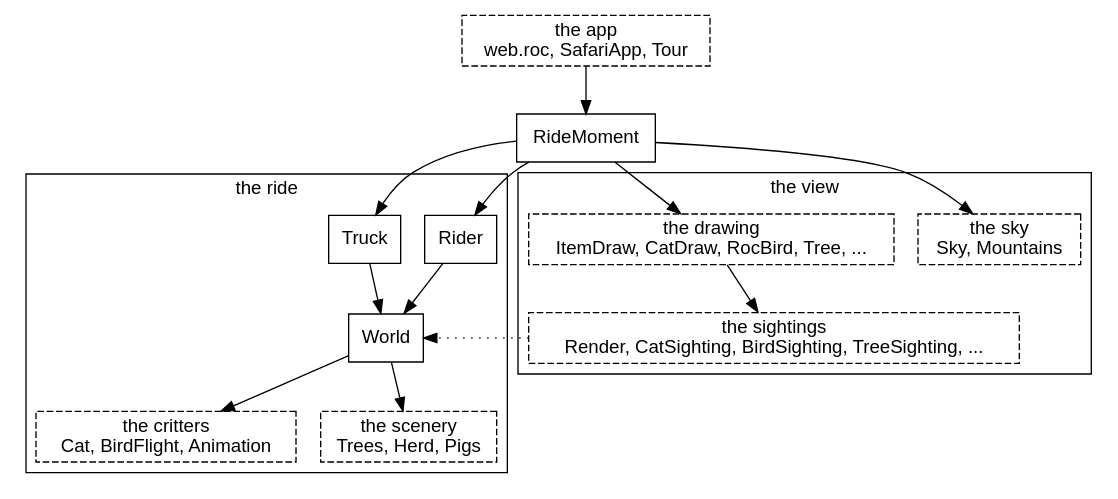
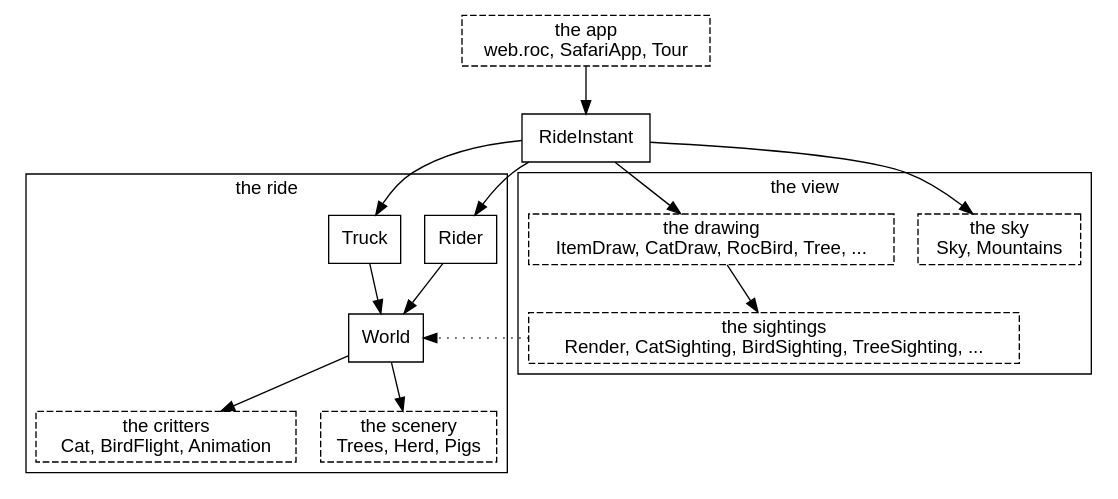
The second of 7 diagrams in canvas_apps/safari/tutorial/tutorial.md (showell/roc-apps), drawn with Graphviz before and after one commit. The commit also changed other lines of this file, not shown here.

Commit message:
safari tutorial: the names follow RideInstant

````diff
--- a/canvas_apps/safari/tutorial/tutorial.md
+++ b/canvas_apps/safari/tutorial/tutorial.md
@@ -53,30 +53,30 @@
 ```dot
 digraph system {
   node [shape=box, fontname="Helvetica"];
   fontname="Helvetica";
   app [label="the app\nweb.roc, SafariApp, Tour", style=dashed];
   subgraph cluster_ride {
     label="the ride";
     Rider; Truck; World;
     critters [label="the critters\nCat, BirdFlight, Animation", style=dashed];
     scenery [label="the scenery\nTrees, Herd, Pigs", style=dashed];
   }
   subgraph cluster_view {
     label="the view";
     sky [label="the sky\nSky, Mountains", style=dashed];
     drawing [label="the drawing\nItemDraw, CatDraw, RocBird, Tree, ...", style=dashed];
     sightings [label="the sightings\nRender, CatSighting, BirdSighting, TreeSighting, ...", style=dashed];
   }
-  app -> RideMoment;
-  RideMoment -> Rider;
-  RideMoment -> Truck;
+  app -> RideInstant;
+  RideInstant -> Rider;
+  RideInstant -> Truck;
   Rider -> World;
   Truck -> World;
   World -> critters;
   World -> scenery;
-  RideMoment -> sky;
-  RideMoment -> drawing;
+  RideInstant -> sky;
+  RideInstant -> drawing;
   drawing -> sightings;
   sightings -> World [style=dotted, constraint=false];
 }
 ```
````
